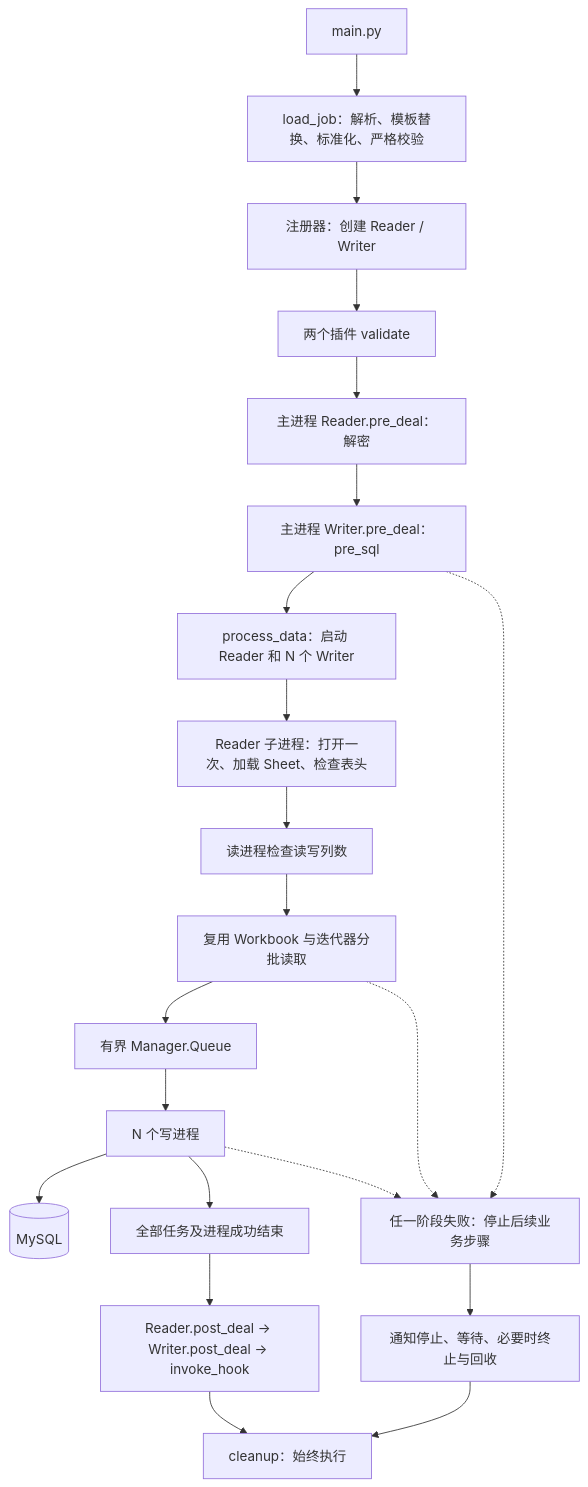
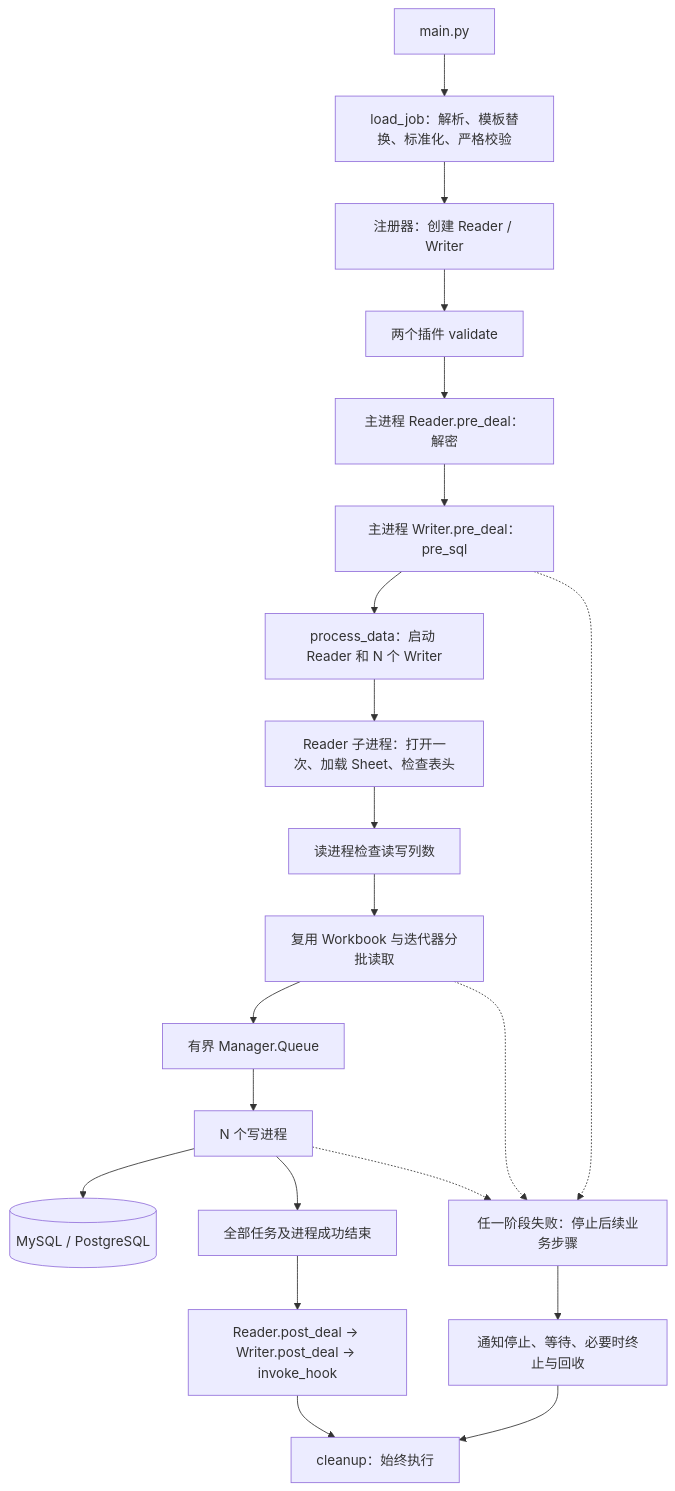
The diagram in docs/architecture-multiprocess.md (jingtinghe0014/dataxsl), drawn with Mermaid before and after one commit. The commit also changed other lines of this file and 12 other files, not shown here.

````diff
--- a/docs/architecture-multiprocess.md
+++ b/docs/architecture-multiprocess.md
@@ -45,23 +63,23 @@
 ```mermaid
 flowchart TD
     CLI["main.py"] --> LOAD["load_job：解析、模板替换、标准化、严格校验"]
     LOAD --> FACTORY["注册器：创建 Reader / Writer"]
     FACTORY --> VALIDATE["两个插件 validate"]
     VALIDATE --> PRE["主进程 Reader.pre_deal：解密"]
     PRE --> WPRE["主进程 Writer.pre_deal：pre_sql"]
     WPRE --> PIPE["process_data：启动 Reader 和 N 个 Writer"]
     PIPE --> RPRE["Reader 子进程：打开一次、加载 Sheet、检查表头"]
     RPRE --> MAP["读进程检查读写列数"]
     MAP --> R["复用 Workbook 与迭代器分批读取"]
     R --> Q["有界 Manager.Queue"]
     Q --> W["N 个写进程"]
-    W --> DB[(MySQL)]
+    W --> DB[(MySQL / PostgreSQL)]
     W --> SUCCESS["全部任务及进程成功结束"]
     SUCCESS --> POST["Reader.post_deal → Writer.post_deal → invoke_hook"]
     POST --> CLEAN["cleanup：始终执行"]
     WPRE -.-> ERROR["任一阶段失败：停止后续业务步骤"]
     R -.-> ERROR
     W -.-> ERROR
     ERROR --> STOP["通知停止、等待、必要时终止与回收"]
     STOP --> CLEAN
 ```
````
